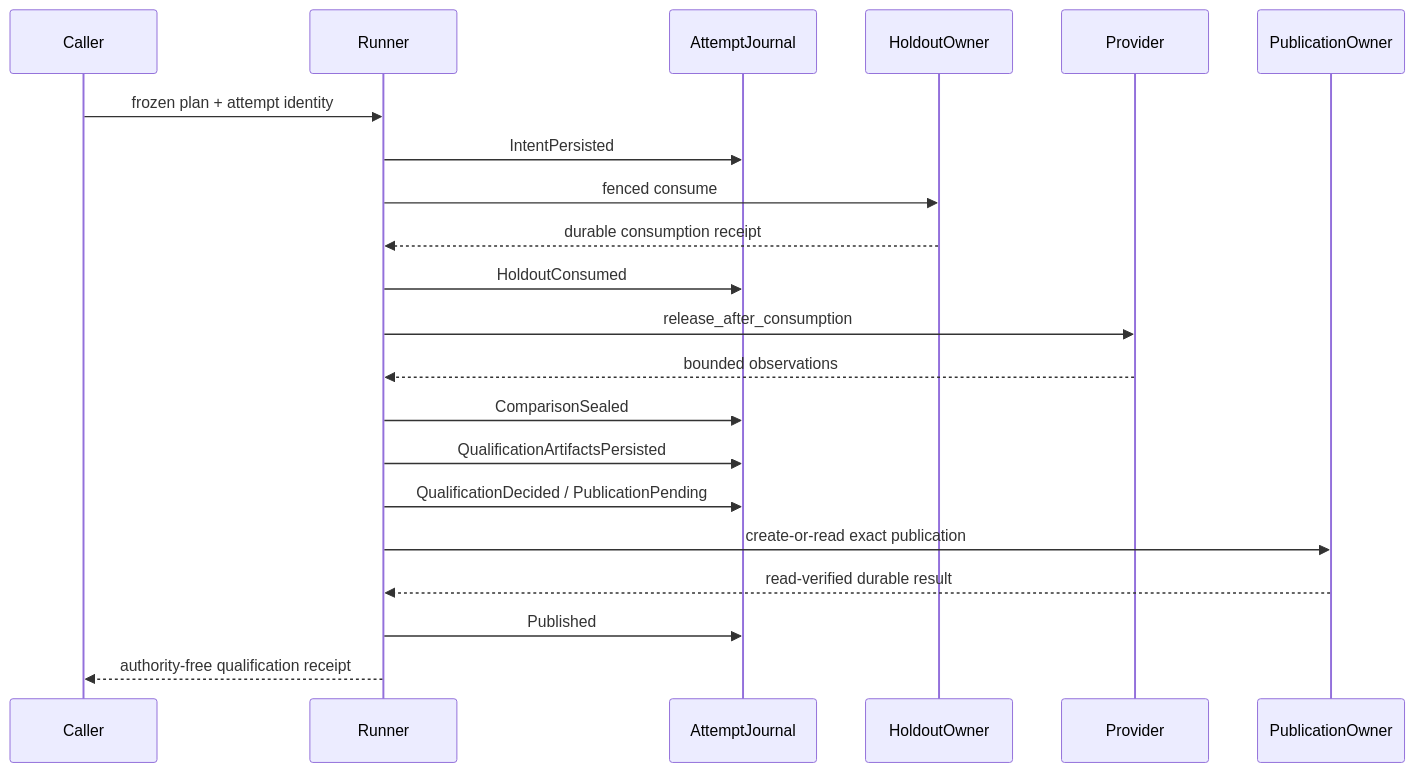
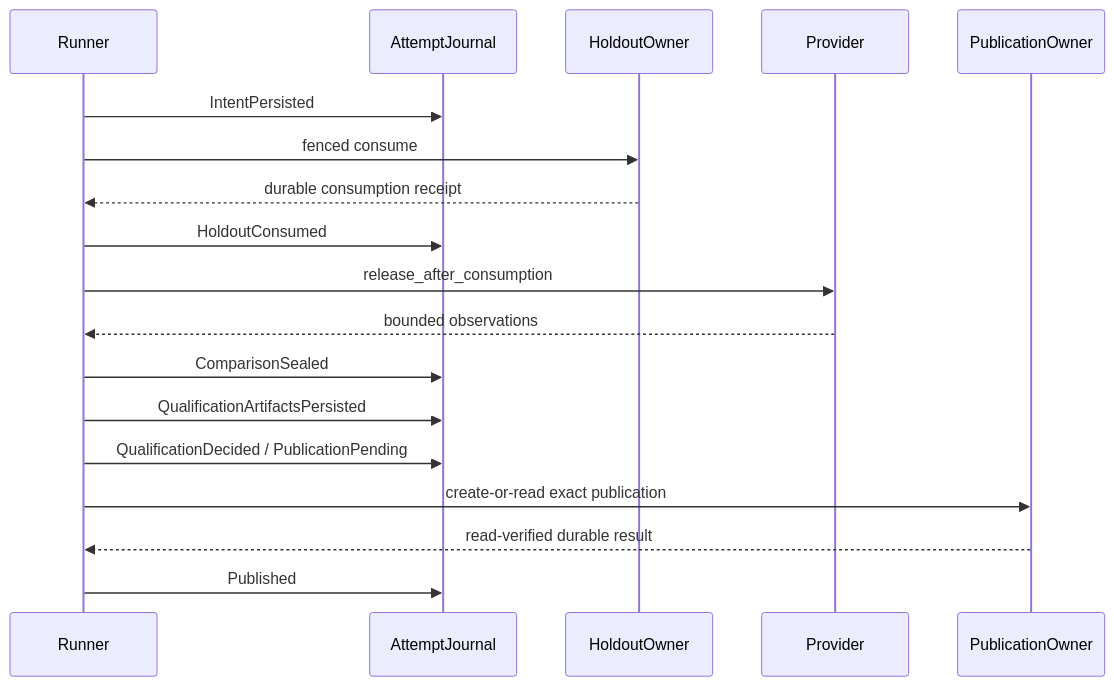
The second of 3 diagrams in docs/modules/learning.eval/DEVELOPER_GUIDE.md (TrillionniumFoundation/hepta-private-ci), drawn with Mermaid before and after one commit. The commit also changed other lines of this file and 9 other files, not shown here.

````diff
--- a/docs/modules/learning.eval/DEVELOPER_GUIDE.md
+++ b/docs/modules/learning.eval/DEVELOPER_GUIDE.md
@@ -55,23 +55,20 @@
 ```mermaid
 sequenceDiagram
-    participant Caller
     participant Runner
     participant AttemptJournal
     participant HoldoutOwner
     participant Provider
     participant PublicationOwner
-    Caller->>Runner: frozen plan + attempt identity
     Runner->>AttemptJournal: IntentPersisted
     Runner->>HoldoutOwner: fenced consume
     HoldoutOwner-->>Runner: durable consumption receipt
     Runner->>AttemptJournal: HoldoutConsumed
     Runner->>Provider: release_after_consumption
     Provider-->>Runner: bounded observations
     Runner->>AttemptJournal: ComparisonSealed
     Runner->>AttemptJournal: QualificationArtifactsPersisted
     Runner->>AttemptJournal: QualificationDecided / PublicationPending
     Runner->>PublicationOwner: create-or-read exact publication
     PublicationOwner-->>Runner: read-verified durable result
     Runner->>AttemptJournal: Published
-    Runner-->>Caller: authority-free qualification receipt
 ```
````
